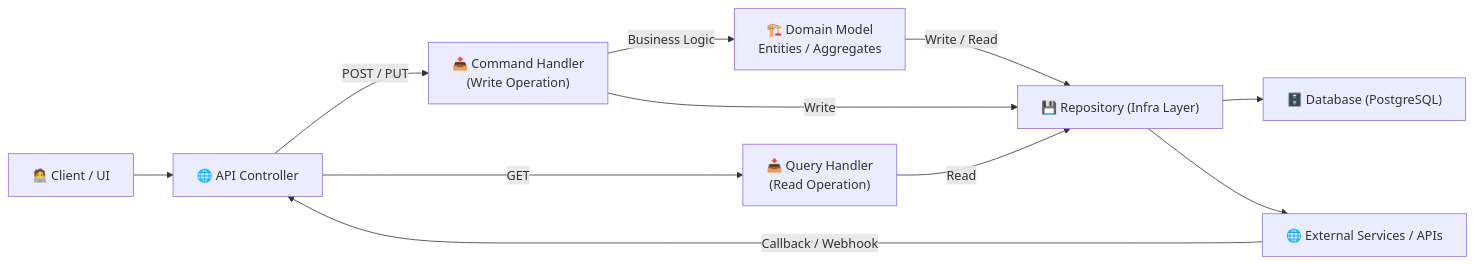
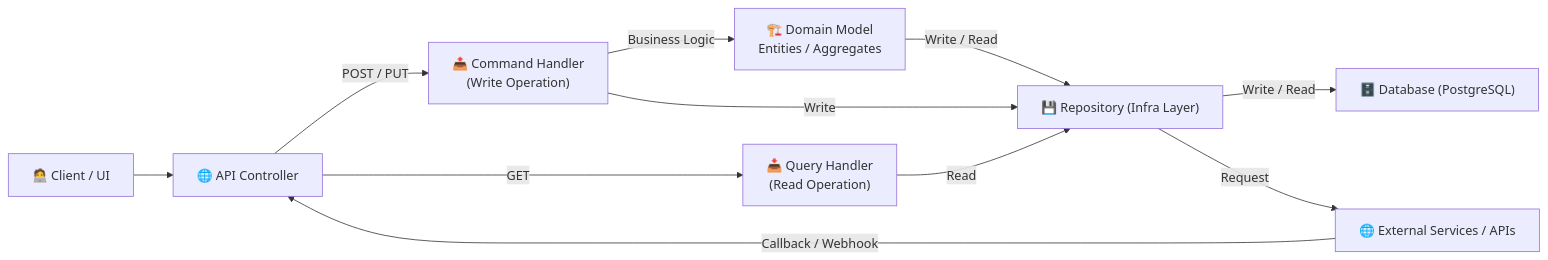
Before and after one commit to ittikornsopawan/domain-driven-design-cqrs-architecture: the second of 2 diagrams in README.md, drawn with Mermaid. The commit also changed other lines of this file, not shown here.

````diff
--- a/README.md
+++ b/README.md
@@ -83,15 +89,15 @@
 ```mermaid
 flowchart LR
     UI["🧑‍💻 Client / UI"]:::ui --> API["🌐 API Controller"]:::presentation
     API -->|POST / PUT| CMD["📤 Command Handler<br />(Write Operation)"]:::application
     API -->|GET| QRY["📥 Query Handler<br />(Read Operation)"]:::application
 
     CMD --> |Business Logic| DOM["🏗️ Domain Model<br />Entities / Aggregates"]:::domain
     DOM --> |Write / Read| INF["💾 Repository (Infra Layer)"]:::infrastructure
     CMD --> |Write| INF
     QRY --> |Read| INF
 
-    INF --> DB["🗄️ Database (PostgreSQL)"]:::database
-    INF --> EXT["🌐 External Services / APIs"]:::external
+    INF --> |Write / Read| DB["🗄️ Database (PostgreSQL)"]:::database
+    INF --> |Request| EXT["🌐 External Services / APIs"]:::external
     EXT --> |Callback / Webhook| API
 ```
````
